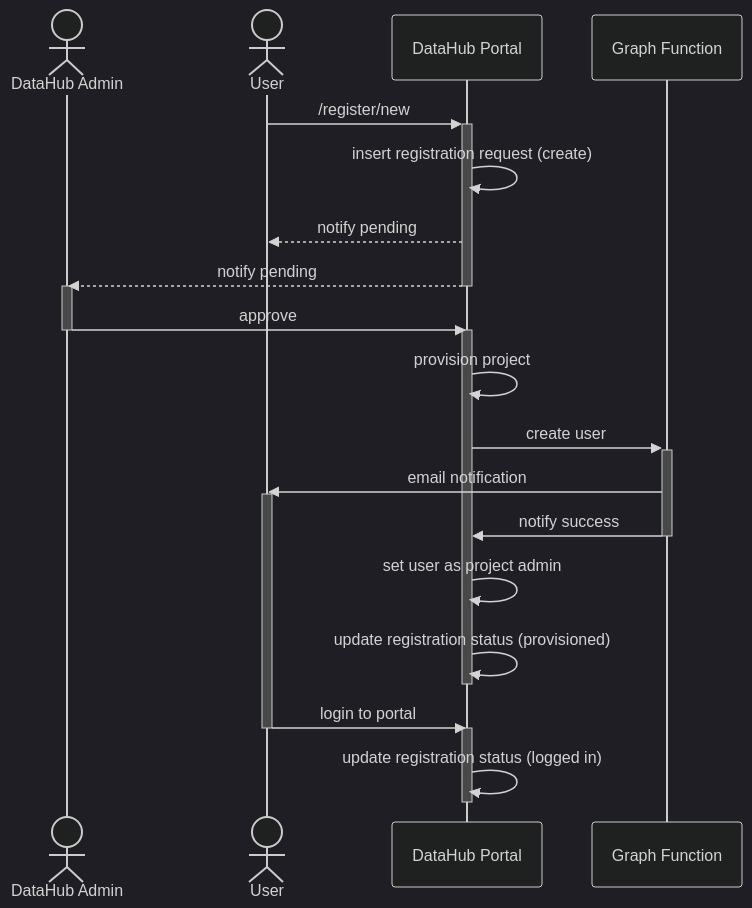
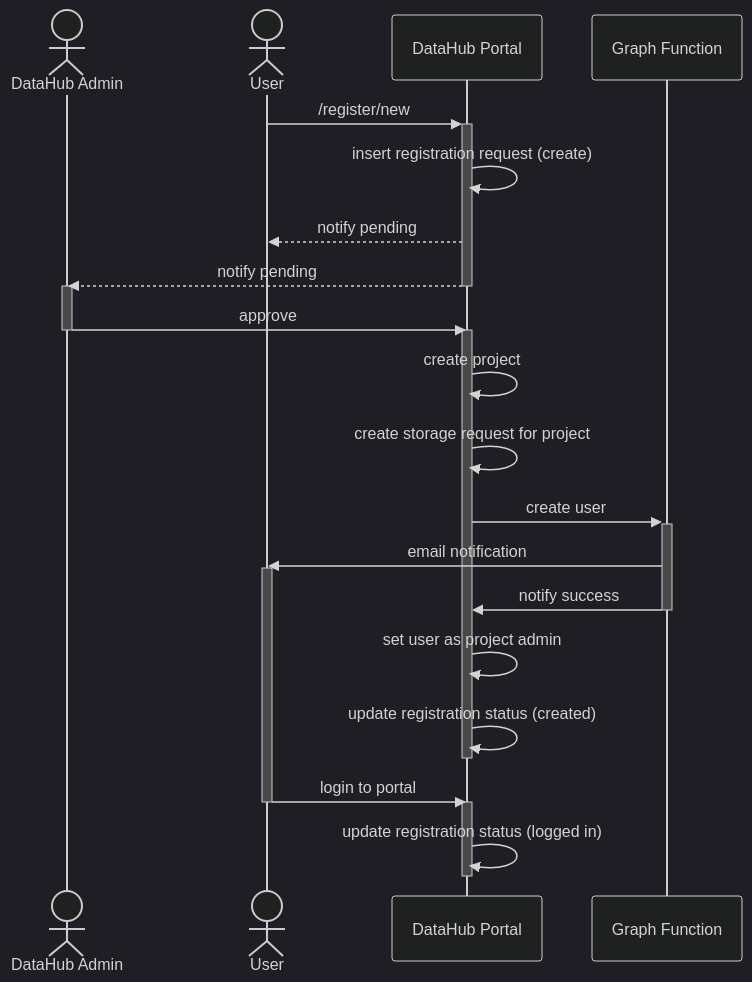
The first of 4 diagrams in docs/use-cases.md (ssc-sp/datahub-portal-2205), drawn with Mermaid (dark theme) before and after one commit.

Commit message:
updated use case diagram

````diff
--- a/docs/use-cases.md
+++ b/docs/use-cases.md
@@ -4,31 +4,32 @@
 ```mermaid
 sequenceDiagram
     actor A as DataHub Admin
     actor U as User
     participant P as DataHub Portal
     participant F as Graph Function
 
     U->>+P: /register/new
     P->>P: insert registration request (create)
     P-->>U: notify pending
     P-->>A: notify pending
     deactivate P
     activate A
 
     
     A->>-P: approve
     activate P
-    P->>P: provision project
+    P->>P: create project
+    P->>P: create storage request for project
     P->>+F: create user
     F->>U: email notification
     activate U
     F->>-P: notify success
 
     P->>P: set user as project admin
-    P->>P: update registration status (provisioned) 
+    P->>P: update registration status (created) 
     deactivate P
 
     U->>-P: login to portal
     activate P
     P->>-P: update registration status (logged in)
 ```
````
